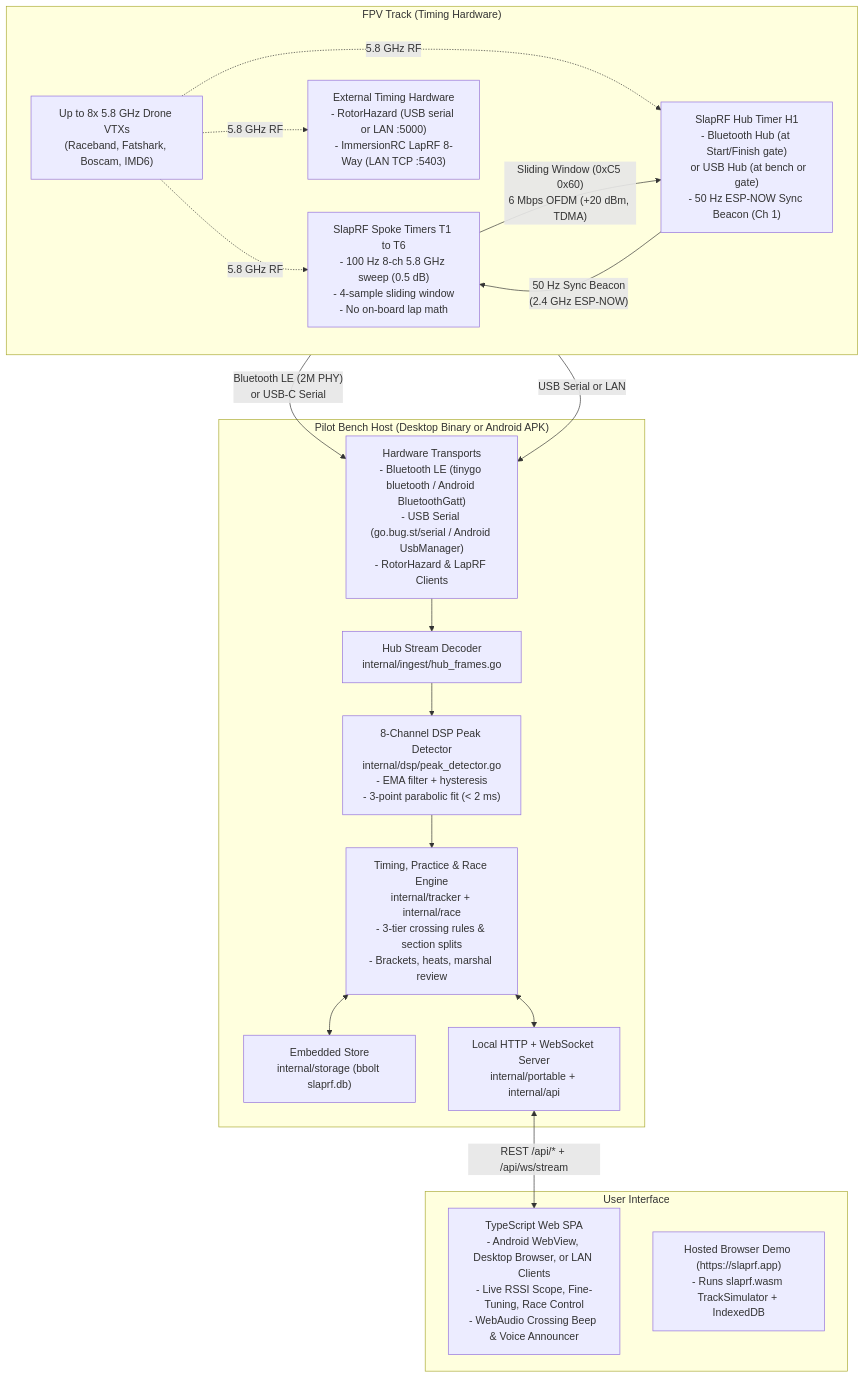
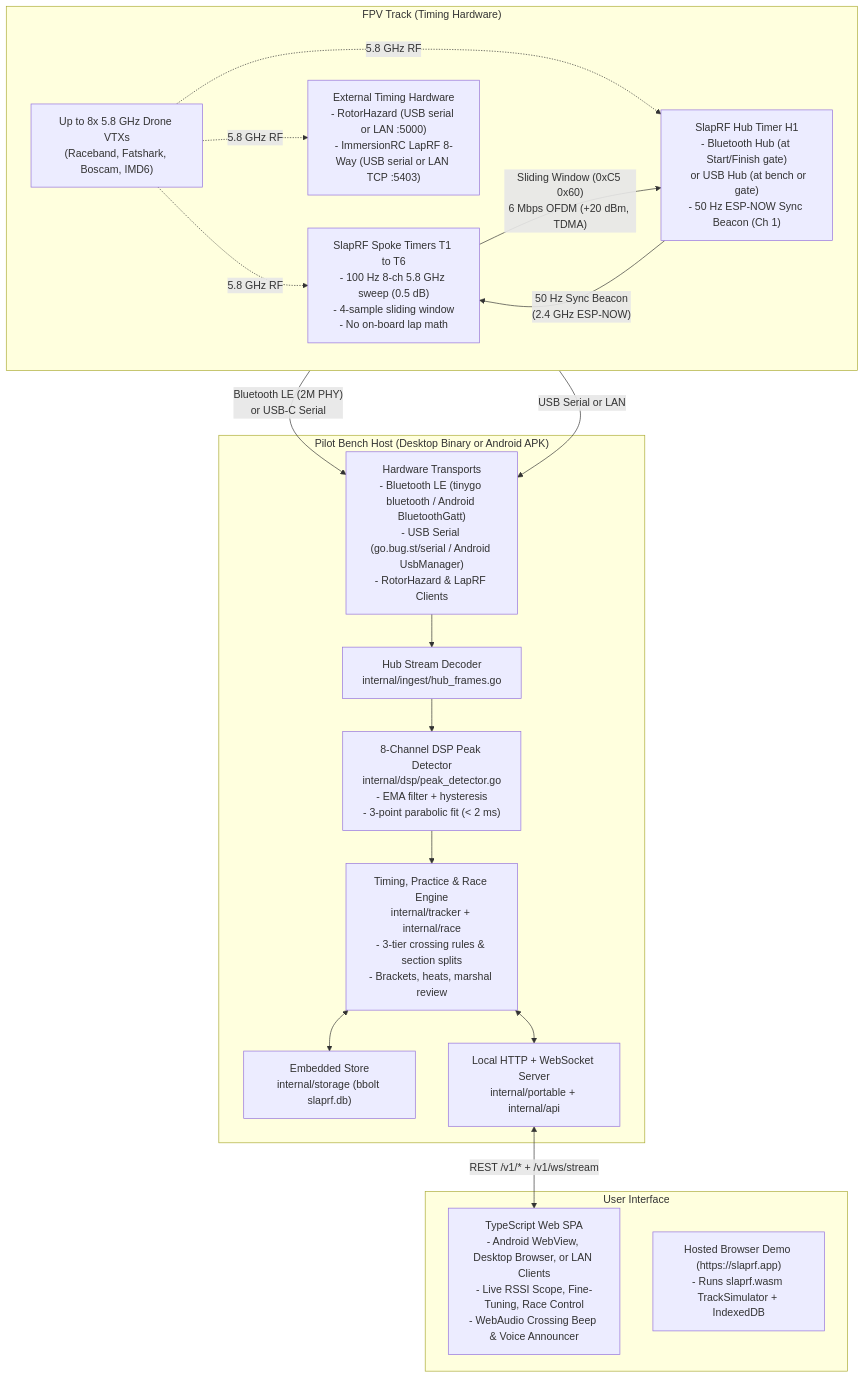
One commit to kaack/SlapRF changed the first of 6 diagrams in docs/ARCHITECTURE.md. Above: the diagram before and after it, drawn with Mermaid. The commit also changed 6 other files, not shown here.

````diff
--- a/docs/ARCHITECTURE.md
+++ b/docs/ARCHITECTURE.md
@@ -42,38 +42,38 @@
 ```mermaid
 flowchart TB
     subgraph Track["FPV Track (Timing Hardware)"]
         direction LR
         VTX["Up to 8x 5.8 GHz Drone VTXs\n(Raceband, Fatshark, Boscam, IMD6)"]
         Spokes["SlapRF Spoke Timers T1 to T6\n- 100 Hz 8-ch 5.8 GHz sweep (0.5 dB)\n- 4-sample sliding window\n- No on-board lap math"]
         Hub["SlapRF Hub Timer H1\n- Bluetooth Hub (at Start/Finish gate)\n  or USB Hub (at bench or gate)\n- 50 Hz ESP-NOW Sync Beacon (Ch 1)"]
-        OtherHW["External Timing Hardware\n- RotorHazard (USB serial or LAN :5000)\n- ImmersionRC LapRF 8-Way (LAN TCP :5403)"]
+        OtherHW["External Timing Hardware\n- RotorHazard (USB serial or LAN :5000)\n- ImmersionRC LapRF 8-Way (USB serial or LAN TCP :5403)"]
 
         VTX -. "5.8 GHz RF" .-> Spokes
         VTX -. "5.8 GHz RF" .-> Hub
         VTX -. "5.8 GHz RF" .-> OtherHW
         Hub -- "50 Hz Sync Beacon\n(2.4 GHz ESP-NOW)" --> Spokes
         Spokes -- "Sliding Window (0xC5 0x60)\n6 Mbps OFDM (+20 dBm, TDMA)" --> Hub
     end
 
     subgraph Host["Pilot Bench Host (Desktop Binary or Android APK)"]
         Drivers["Hardware Transports\n- Bluetooth LE (tinygo bluetooth / Android BluetoothGatt)\n- USB Serial (go.bug.st/serial / Android UsbManager)\n- RotorHazard & LapRF Clients"]
         Decoder["Hub Stream Decoder\ninternal/ingest/hub_frames.go"]
         DSP["8-Channel DSP Peak Detector\ninternal/dsp/peak_detector.go\n- EMA filter + hysteresis\n- 3-point parabolic fit (< 2 ms)"]
         Engine["Timing, Practice & Race Engine\ninternal/tracker + internal/race\n- 3-tier crossing rules & section splits\n- Brackets, heats, marshal review"]
         DB["Embedded Store\ninternal/storage (bbolt slaprf.db)"]
         HTTP["Local HTTP + WebSocket Server\ninternal/portable + internal/api"]
 
         Hub -- "Bluetooth LE (2M PHY)\nor USB-C Serial" --> Drivers
         OtherHW -- "USB Serial or LAN" --> Drivers
         Drivers --> Decoder --> DSP --> Engine
         Engine <--> DB
         Engine <--> HTTP
     end
 
     subgraph Clients["User Interface"]
         SPA["TypeScript Web SPA\n- Android WebView, Desktop Browser, or LAN Clients\n- Live RSSI Scope, Fine-Tuning, Race Control\n- WebAudio Crossing Beep & Voice Announcer"]
         Demo["Hosted Browser Demo (https://slaprf.app)\n- Runs slaprf.wasm TrackSimulator + IndexedDB"]
     end
 
-    HTTP <-->|"REST /api/* + /api/ws/stream"| SPA
+    HTTP <-->|"REST /v1/* + /v1/ws/stream"| SPA
 ```
````
